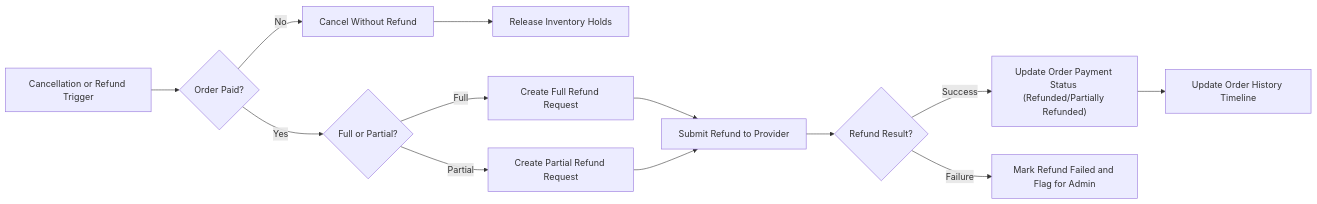
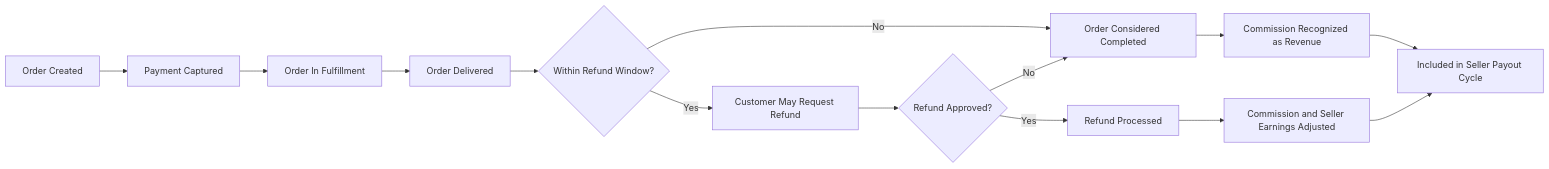
One commit to wrtnlabs/autobe-examples changed the diagram in openai/gpt-5.1/shopping/docs/analysis/02-business-model-and-goals.md. Above: the diagram before and after it, drawn with Mermaid. The commit also changed other lines of this file and 8017 other files, not shown here.

````diff
--- a/openai/gpt-5.1/shopping/docs/analysis/02-business-model-and-goals.md
+++ b/openai/gpt-5.1/shopping/docs/analysis/02-business-model-and-goals.md
@@ -317,15 +353,16 @@
 ```mermaid
 graph LR
-  A["Cancellation or Refund Trigger"] --> B{"Order Paid?"}
-  B -->|"No"| C["Cancel Without Refund"]
-  C --> D["Release Inventory Holds"]
-  B -->|"Yes"| E{"Full or Partial?"}
-  E -->|"Full"| F["Create Full Refund Request"]
-  E -->|"Partial"| G["Create Partial Refund Request"]
-  F --> H["Submit Refund to Provider"]
-  G --> H
-  H --> I{"Refund Result?"}
-  I -->|"Success"| J["Update Order Payment Status (Refunded/Partially Refunded)"]
-  J --> K["Update Order History Timeline"]
-  I -->|"Failure"| L["Mark Refund Failed and Flag for Admin"]
+  A["Order Created"] --> B["Payment Captured"]
+  B --> C["Order In Fulfillment"]
+  C --> D["Order Delivered"]
+  D --> E{"Within Refund Window?"}
+  E -->|"Yes"| F["Customer May Request Refund"]
+  E -->|"No"| G["Order Considered Completed"]
+  F --> H{"Refund Approved?"}
+  H -->|"Yes"| I["Refund Processed"]
+  H -->|"No"| G
+  I --> J["Commission and Seller Earnings Adjusted"]
+  G --> K["Commission Recognized as Revenue"]
+  K --> L["Included in Seller Payout Cycle"]
+  J --> L
 ```
````
